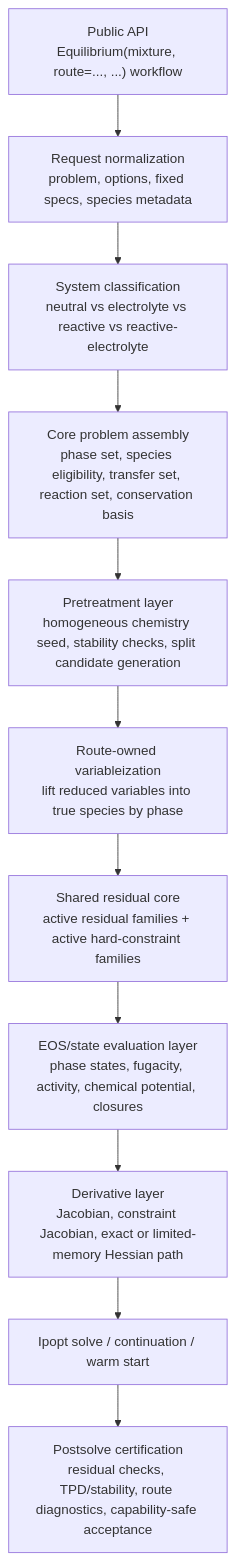
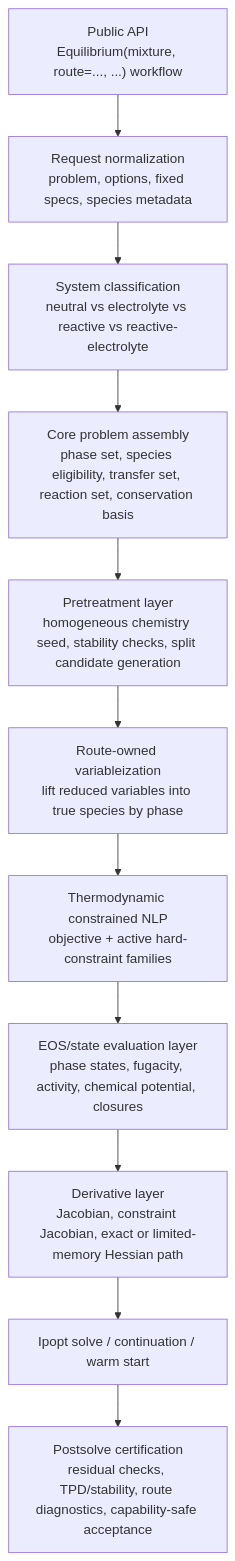
The first of 4 diagrams in docs/roadmaps/unified_equilibrium_core_algorithm.md (tannerpolley/ePC-SAFT-lab), drawn with Mermaid before and after one commit. The commit also changed other lines of this file and 14 other files, not shown here.

````diff
--- a/docs/roadmaps/unified_equilibrium_core_algorithm.md
+++ b/docs/roadmaps/unified_equilibrium_core_algorithm.md
@@ -120,13 +133,13 @@
 ```mermaid
 flowchart TD
     A["Public API<br/>Equilibrium(mixture, route=..., ...) workflow"] --> B["Request normalization<br/>problem, options, fixed specs, species metadata"]
     B --> C["System classification<br/>neutral vs electrolyte vs reactive vs reactive-electrolyte"]
     C --> D["Core problem assembly<br/>phase set, species eligibility, transfer set, reaction set, conservation basis"]
     D --> E["Pretreatment layer<br/>homogeneous chemistry seed, stability checks, split candidate generation"]
     E --> F["Route-owned variableization<br/>lift reduced variables into true species by phase"]
-    F --> G["Shared residual core<br/>active residual families + active hard-constraint families"]
+    F --> G["Thermodynamic constrained NLP<br/>objective + active hard-constraint families"]
     G --> H["EOS/state evaluation layer<br/>phase states, fugacity, activity, chemical potential, closures"]
     H --> I["Derivative layer<br/>Jacobian, constraint Jacobian, exact or limited-memory Hessian path"]
     I --> J["Ipopt solve / continuation / warm start"]
     J --> K["Postsolve certification<br/>residual checks, TPD/stability, route diagnostics, capability-safe acceptance"]
 ```
````
